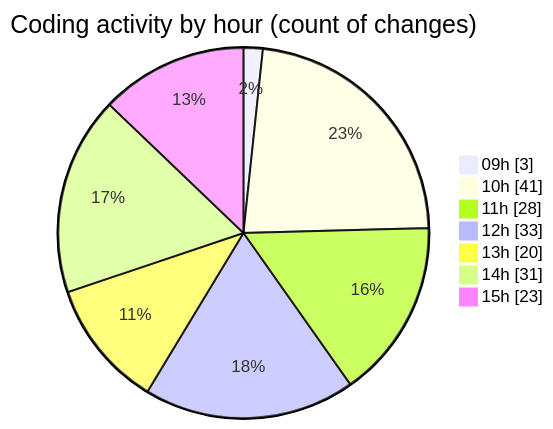
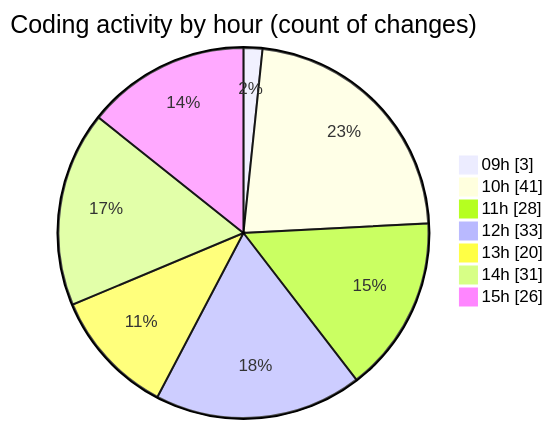
Before and after one commit to CELIANVF/code-tracking: the second of 2 diagrams in 2025-05-19/ecodeli-1/README.md, drawn with Mermaid. The commit also changed other lines of this file and 1 other file, not shown here.

````diff
--- a/2025-05-19/ecodeli-1/README.md
+++ b/2025-05-19/ecodeli-1/README.md
@@ -78,11 +78,11 @@
 ```mermaid
 pie showData
 title Coding activity by hour (count of changes)
 "09h" : 3
 "10h" : 41
 "11h" : 28
 "12h" : 33
 "13h" : 20
 "14h" : 31
-"15h" : 23
+"15h" : 26
 ```
````
